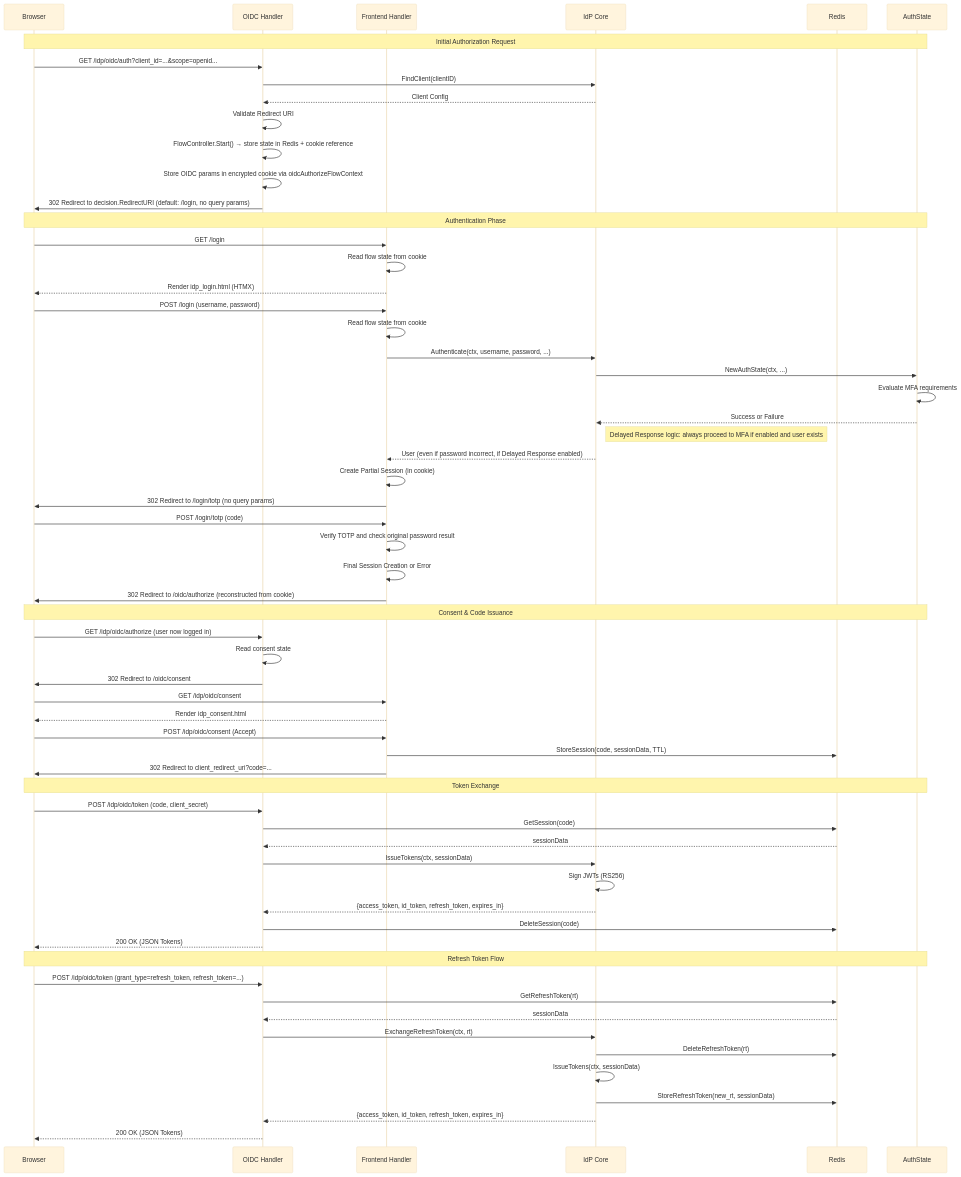
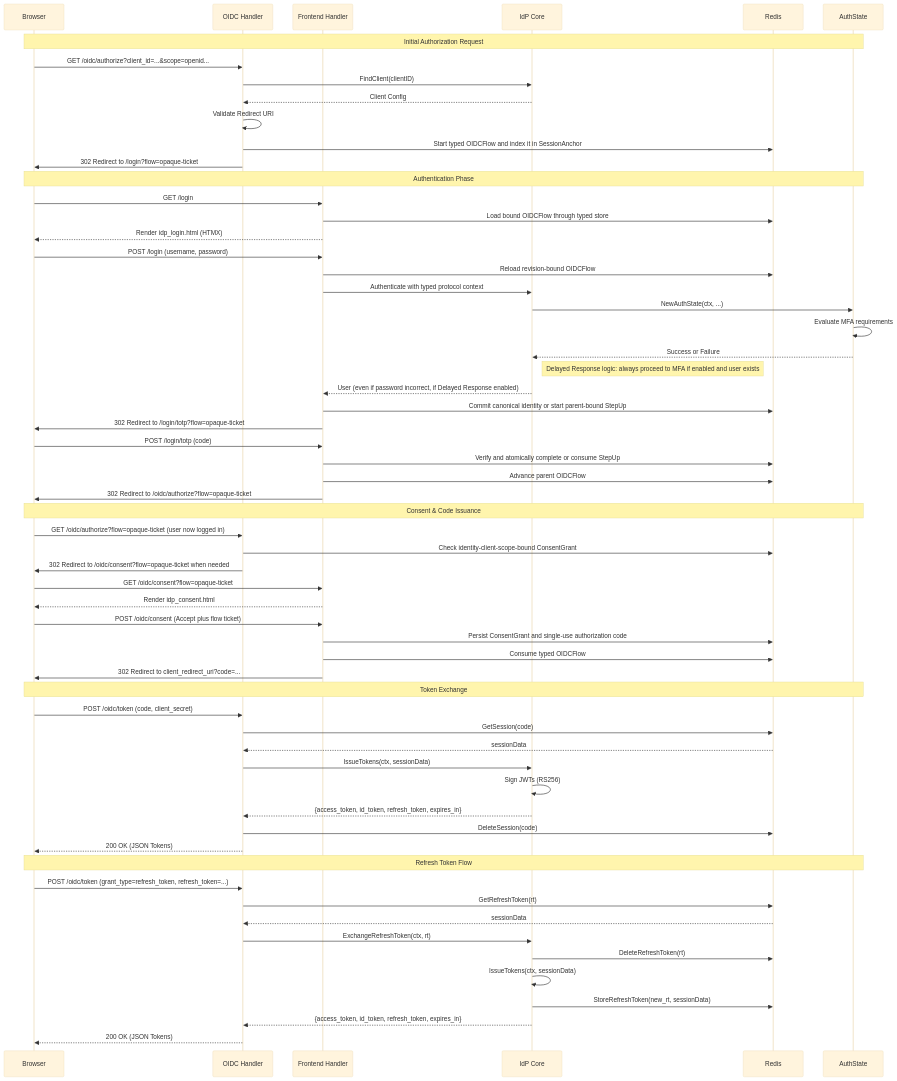
Before and after one commit to croessner/nauthilus: the fourth of 12 diagrams in server/docs/idp.md, drawn with Mermaid (base theme). The commit also changed other lines of this file, not shown here.

Commit message:
Docs: Explain canonical IDP browser session architecture

````diff
--- a/server/docs/idp.md
+++ b/server/docs/idp.md
@@ -87,63 +138,63 @@
 ```mermaid
 sequenceDiagram
     participant B as Browser
     participant H as OIDC Handler
     participant F as Frontend Handler
     participant I as IdP Core
     participant R as Redis
     participant A as AuthState
     Note over B, A: Initial Authorization Request
-    B ->> H: GET /idp/oidc/auth?client_id=...&scope=openid...
+    B ->> H: GET /oidc/authorize?client_id=...&scope=openid...
     H ->> I: FindClient(clientID)
     I -->> H: Client Config
     H ->> H: Validate Redirect URI
-    H ->> H: FlowController.Start() → store state in Redis + cookie reference
-    H ->> H: Store OIDC params in encrypted cookie via oidcAuthorizeFlowContext
-    H ->> B: 302 Redirect to decision.RedirectURI (default: /login, no query params)
+    H ->> R: Start typed OIDCFlow and index it in SessionAnchor
+    H ->> B: 302 Redirect to /login?flow=opaque-ticket
     Note over B, A: Authentication Phase
     B ->> F: GET /login
-    F ->> F: Read flow state from cookie
+    F ->> R: Load bound OIDCFlow through typed store
     F -->> B: Render idp_login.html (HTMX)
     B ->> F: POST /login (username, password)
-    F ->> F: Read flow state from cookie
-    F ->> I: Authenticate(ctx, username, password, ...)
+    F ->> R: Reload revision-bound OIDCFlow
+    F ->> I: Authenticate with typed protocol context
     I ->> A: NewAuthState(ctx, ...)
     A ->> A: Evaluate MFA requirements
     A -->> I: Success or Failure
     Note right of I: Delayed Response logic: always proceed to MFA if enabled and user exists
     I -->> F: User (even if password incorrect, if Delayed Response enabled)
-    F ->> F: Create Partial Session (in cookie)
-    F ->> B: 302 Redirect to /login/totp (no query params)
+    F ->> R: Commit canonical identity or start parent-bound StepUp
+    F ->> B: 302 Redirect to /login/totp?flow=opaque-ticket
     B ->> F: POST /login/totp (code)
-    F ->> F: Verify TOTP and check original password result
-    F ->> F: Final Session Creation or Error
-    F ->> B: 302 Redirect to /oidc/authorize (reconstructed from cookie)
+    F ->> R: Verify and atomically complete or consume StepUp
+    F ->> R: Advance parent OIDCFlow
+    F ->> B: 302 Redirect to /oidc/authorize?flow=opaque-ticket
     Note over B, A: Consent & Code Issuance
-    B ->> H: GET /idp/oidc/authorize (user now logged in)
-    H ->> H: Read consent state
-    H ->> B: 302 Redirect to /oidc/consent
-    B ->> F: GET /idp/oidc/consent
+    B ->> H: GET /oidc/authorize?flow=opaque-ticket (user now logged in)
+    H ->> R: Check identity-client-scope-bound ConsentGrant
+    H ->> B: 302 Redirect to /oidc/consent?flow=opaque-ticket when needed
+    B ->> F: GET /oidc/consent?flow=opaque-ticket
     F -->> B: Render idp_consent.html
-    B ->> F: POST /idp/oidc/consent (Accept)
-    F ->> R: StoreSession(code, sessionData, TTL)
+    B ->> F: POST /oidc/consent (Accept plus flow ticket)
+    F ->> R: Persist ConsentGrant and single-use authorization code
+    F ->> R: Consume typed OIDCFlow
     F ->> B: 302 Redirect to client_redirect_uri?code=...
     Note over B, A: Token Exchange
-    B ->> H: POST /idp/oidc/token (code, client_secret)
+    B ->> H: POST /oidc/token (code, client_secret)
     H ->> R: GetSession(code)
     R -->> H: sessionData
     H ->> I: IssueTokens(ctx, sessionData)
     I ->> I: Sign JWTs (RS256)
     I -->> H: {access_token, id_token, refresh_token, expires_in}
     H ->> R: DeleteSession(code)
     H -->> B: 200 OK (JSON Tokens)
     Note over B, A: Refresh Token Flow
-    B ->> H: POST /idp/oidc/token (grant_type=refresh_token, refresh_token=...)
+    B ->> H: POST /oidc/token (grant_type=refresh_token, refresh_token=...)
     H ->> R: GetRefreshToken(rt)
     R -->> H: sessionData
     H ->> I: ExchangeRefreshToken(ctx, rt)
     I ->> R: DeleteRefreshToken(rt)
     I ->> I: IssueTokens(ctx, sessionData)
     I ->> R: StoreRefreshToken(new_rt, sessionData)
     I -->> H: {access_token, id_token, refresh_token, expires_in}
     H -->> B: 200 OK (JSON Tokens)
 ```
````
